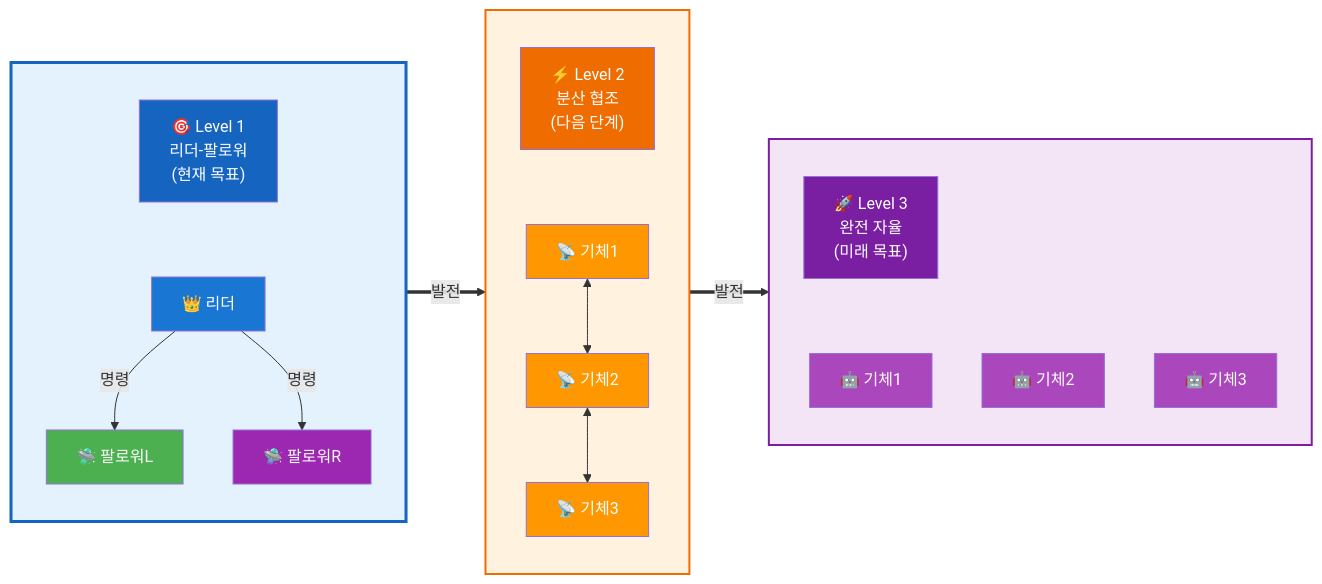
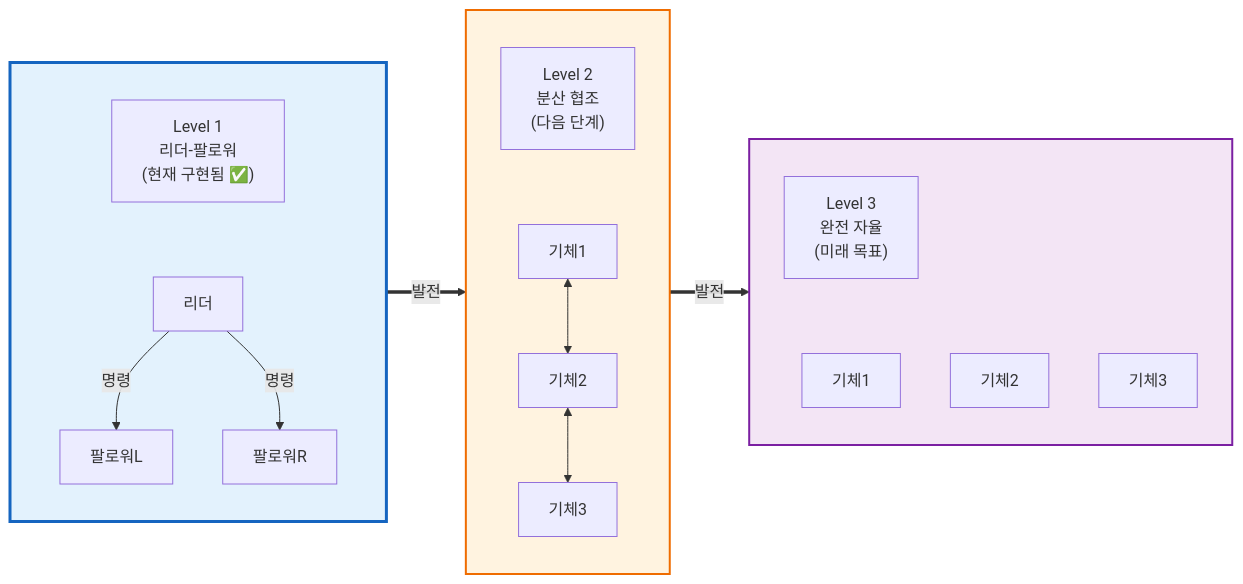
Before and after one commit to kiy0518/humiro_fire_suppression: the diagram in work-plan/001_PROJECT_MASTER_PLAN.md, drawn with Mermaid. The commit also changed other lines of this file and 4 other files, not shown here.

````diff
--- a/work-plan/001_PROJECT_MASTER_PLAN.md
+++ b/work-plan/001_PROJECT_MASTER_PLAN.md
@@ -11,50 +12,38 @@
 ```mermaid
 graph LR
     subgraph L1[" "]
         direction TB
-        L1_title["🎯 Level 1<br/>리더-팔로워<br/>(현재 목표)"]
-        Leader["👑 리더"]
-        F1["🛸 팔로워L"]
-        F2["🛸 팔로워R"]
+        L1_title["Level 1<br/>리더-팔로워<br/>(현재 구현됨 ✅)"]
+        Leader["리더"]
+        F1["팔로워L"]
+        F2["팔로워R"]
         L1_title ~~~ Leader
         Leader -->|명령| F1
         Leader -->|명령| F2
     end
 
     subgraph L2[" "]
         direction TB
-        L2_title["⚡ Level 2<br/>분산 협조<br/>(다음 단계)"]
-        D1["📡 기체1"]
-        D2["📡 기체2"]
-        D3["📡 기체3"]
+        L2_title["Level 2<br/>분산 협조<br/>(다음 단계)"]
+        D1["기체1"]
+        D2["기체2"]
+        D3["기체3"]
         L2_title ~~~ D1
         D1 <--> D2 <--> D3
     end
 
     subgraph L3[" "]
         direction TB
-        L3_title["🚀 Level 3<br/>완전 자율<br/>(미래 목표)"]
-        A1["🤖 기체1"]
-        A2["🤖 기체2"]
-        A3["🤖 기체3"]
+        L3_title["Level 3<br/>완전 자율<br/>(미래 목표)"]
+        A1["기체1"]
+        A2["기체2"]
+        A3["기체3"]
         L3_title ~~~ A1
     end
 
     L1 ==>|발전| L2 ==>|발전| L3
 
     style L1 fill:#e3f2fd,stroke:#1565c0,stroke-width:3px
     style L2 fill:#fff3e0,stroke:#ef6c00,stroke-width:2px
     style L3 fill:#f3e5f5,stroke:#7b1fa2,stroke-width:2px
-    style L1_title fill:#1565c0,color:#fff
-    style L2_title fill:#ef6c00,color:#fff
-    style L3_title fill:#7b1fa2,color:#fff
-    style Leader fill:#1976d2,color:#fff
-    style F1 fill:#4caf50,color:#fff
-    style F2 fill:#9c27b0,color:#fff
-    style D1 fill:#ff9800,color:#fff
-    style D2 fill:#ff9800,color:#fff
-    style D3 fill:#ff9800,color:#fff
-    style A1 fill:#ab47bc,color:#fff
-    style A2 fill:#ab47bc,color:#fff
-    style A3 fill:#ab47bc,color:#fff
 ```
````
